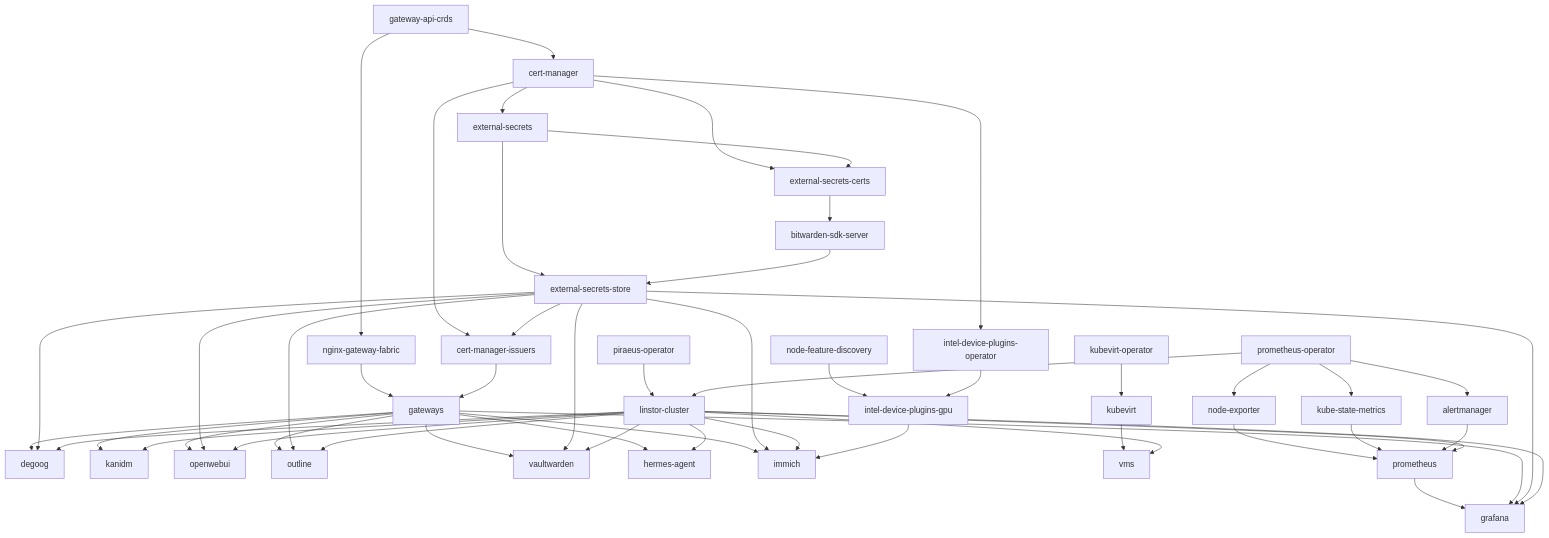
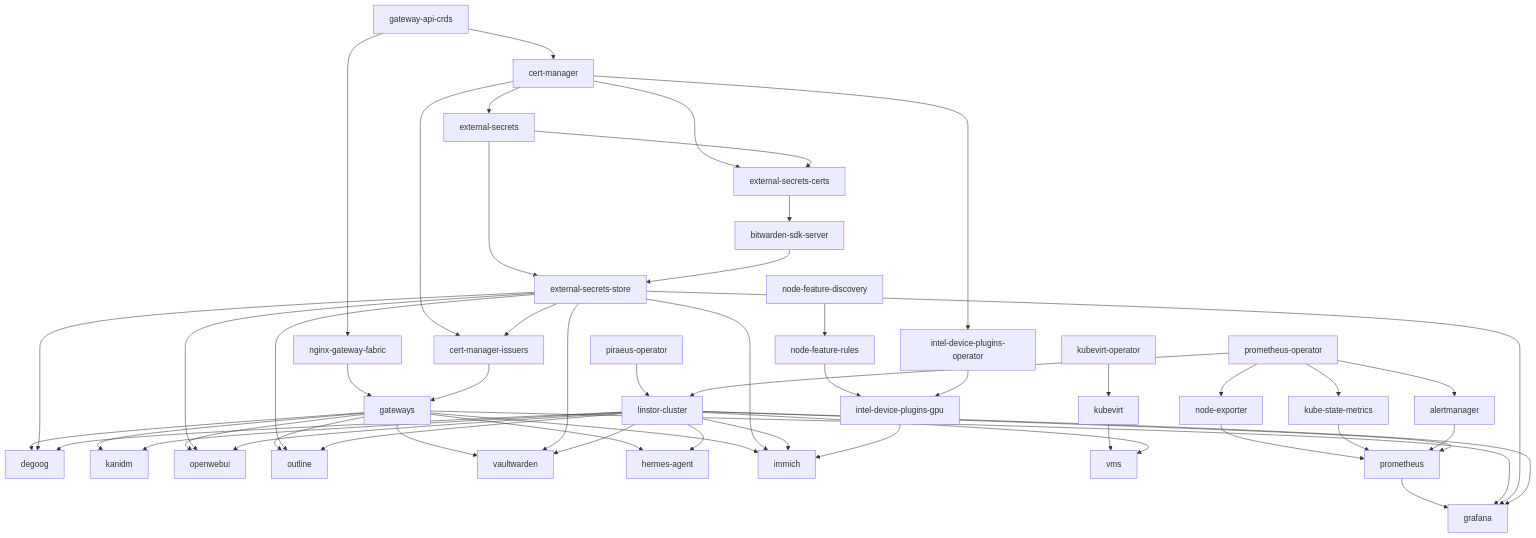
One commit to martinxtinto/k8s-flux changed the diagram in README.md. Above: the diagram before and after it, drawn with Mermaid. The commit also changed other lines of this file and 5 other files, not shown here.

Commit message:
fix: split intel NodeFeatureRule into its own unit

````diff
--- a/README.md
+++ b/README.md
@@ -30,54 +30,55 @@
 ```mermaid
 flowchart TD
   gateway-api-crds --> cert-manager
   gateway-api-crds --> nginx-gateway-fabric
   cert-manager --> external-secrets
   cert-manager --> external-secrets-certs
   external-secrets --> external-secrets-certs
   external-secrets --> external-secrets-store
   external-secrets-certs --> bitwarden-sdk-server
   bitwarden-sdk-server --> external-secrets-store
   cert-manager --> cert-manager-issuers
   external-secrets-store --> cert-manager-issuers
   nginx-gateway-fabric --> gateways
   cert-manager-issuers --> gateways
   piraeus-operator --> linstor-cluster
   prometheus-operator --> linstor-cluster
   kubevirt-operator --> kubevirt
   cert-manager --> intel-device-plugins-operator
-  node-feature-discovery --> intel-device-plugins-gpu
+  node-feature-discovery --> node-feature-rules
+  node-feature-rules --> intel-device-plugins-gpu
   intel-device-plugins-operator --> intel-device-plugins-gpu
   gateways --> degoog
   external-secrets-store --> degoog
   linstor-cluster --> degoog
   gateways --> kanidm
   linstor-cluster --> kanidm
   gateways --> openwebui
   external-secrets-store --> openwebui
   linstor-cluster --> openwebui
   gateways --> outline
   external-secrets-store --> outline
   linstor-cluster --> outline
   gateways --> vaultwarden
   external-secrets-store --> vaultwarden
   linstor-cluster --> vaultwarden
   gateways --> hermes-agent
   linstor-cluster --> hermes-agent
   gateways --> immich
   external-secrets-store --> immich
   linstor-cluster --> immich
   intel-device-plugins-gpu --> immich
   kubevirt --> vms
   linstor-cluster --> vms
   prometheus-operator --> node-exporter
   prometheus-operator --> kube-state-metrics
   prometheus-operator --> alertmanager
   node-exporter --> prometheus
   kube-state-metrics --> prometheus
   alertmanager --> prometheus
   linstor-cluster --> prometheus
   prometheus --> grafana
   gateways --> grafana
   external-secrets-store --> grafana
   linstor-cluster --> grafana
 ```
````
